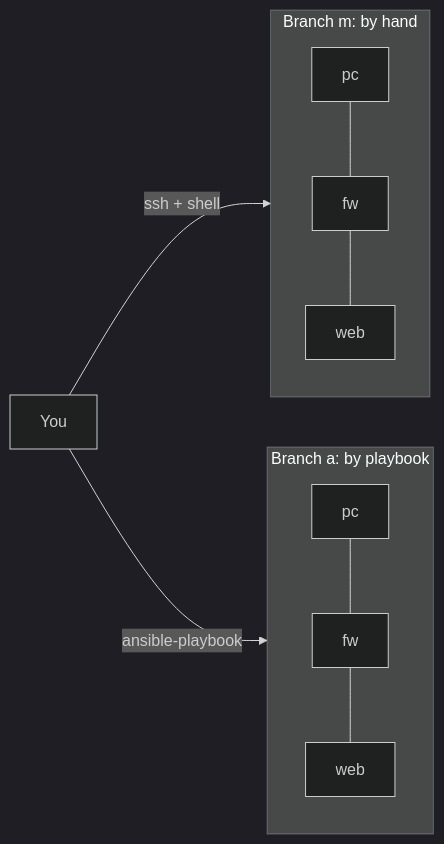
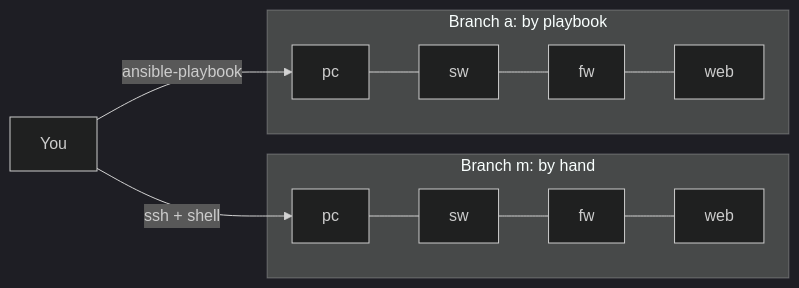
One commit to fiddler110/Topiary changed the tenth of 11 diagrams in workshops/netlab-ansible/content/slides/presentation.md. Above: the diagram before and after it, drawn with Mermaid (dark theme). The commit also changed other lines of this file and 107 other files, not shown here.

First line of the commit message:
Rework the netlab-ansible workshop into manual (M) and playbook (A) labs

```diff
--- a/workshops/netlab-ansible/content/slides/presentation.md
+++ b/workshops/netlab-ansible/content/slides/presentation.md
@@ -927,11 +1033,11 @@
 <div class="mermaid">
 flowchart LR
   subgraph m["Branch m: by hand"]
-    mpc["pc"] --- mfw["fw"] --- mweb["web"]
+    mpc["pc"] --- msw["sw"] --- mfw["fw"] --- mweb["web"]
   end
   subgraph a["Branch a: by playbook"]
-    apc["pc"] --- afw["fw"] --- aweb["web"]
+    apc["pc"] --- asw["sw"] --- afw["fw"] --- aweb["web"]
   end
-  you["You"] -- "ssh + shell" --> m
-  you -- "ansible-playbook" --> a
+  you["You"] -- "ssh + shell" --> mpc
+  you -- "ansible-playbook" --> apc
 </div>
```
